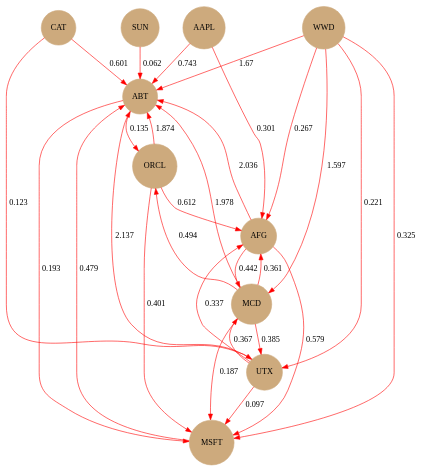
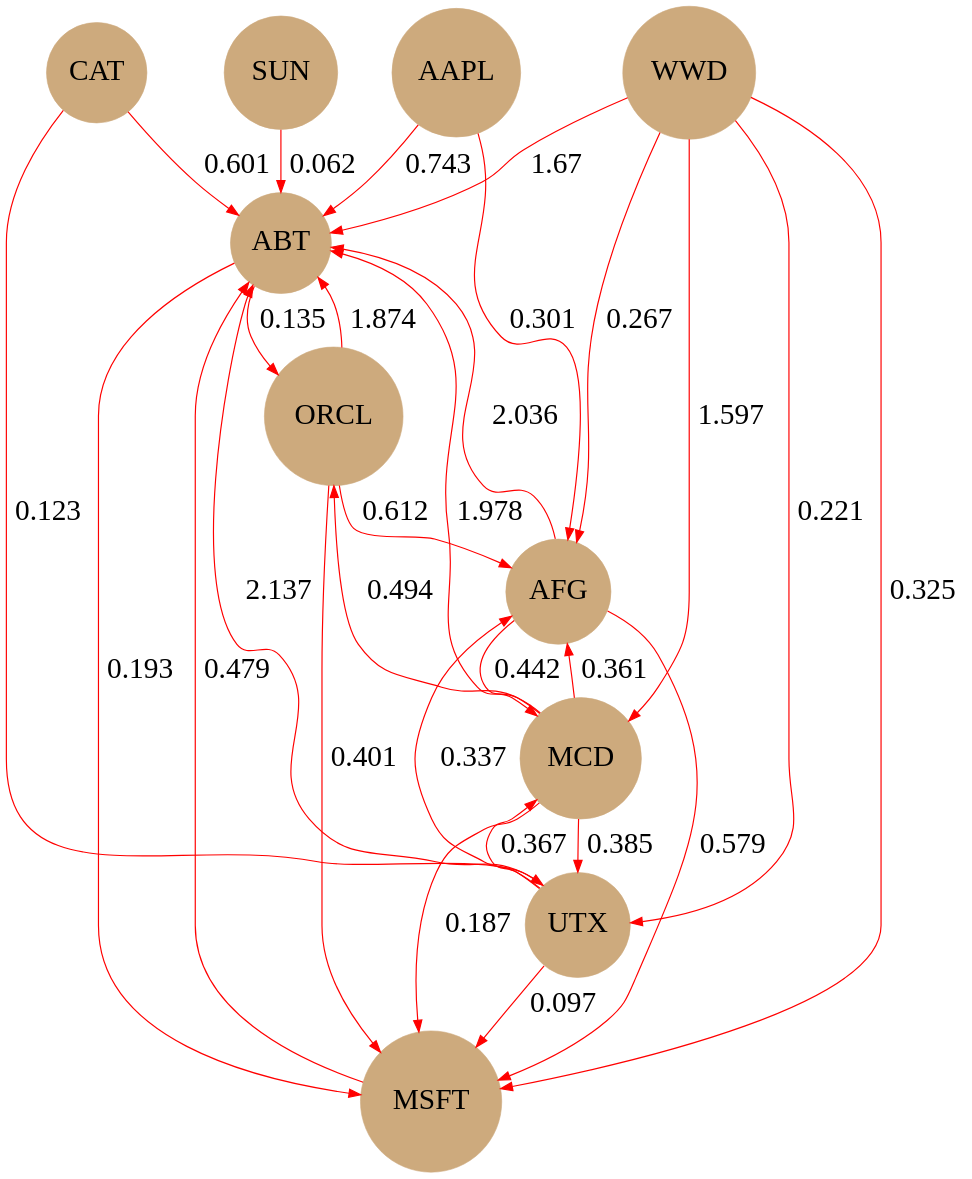
The diagram in financedataanalysis/src/regression/dotexamples/MSE-Graph.gv (aneeshChivukula/Data-Mining), drawn with Graphviz before and after one commit. The commit also changed 3 other files, not shown here.

```diff
--- a/financedataanalysis/src/regression/dotexamples/MSE-Graph.gv
+++ b/financedataanalysis/src/regression/dotexamples/MSE-Graph.gv
@@ -1,43 +1,46 @@
 digraph {
 
-SUN -> ABT	 [color=red,label=0.062];
-ABT -> ORCL	 [color=red,label=0.135];
-ABT -> MSFT	 [color=red,label=0.193];
-AAPL -> AFG	 [color=red,label=0.301];
-AAPL -> ABT	 [color=red,label=0.743];
-AFG -> ABT	 [color=red,label=2.036];
-AFG -> MSFT	 [color=red,label=0.579];
-AFG -> MCD	 [color=red,label=0.442];
-MSFT -> ABT	 [color=red,label=0.479];
-MCD -> AFG	 [color=red,label=0.361];
-MCD -> ORCL	 [color=red,label=0.494];
-MCD -> ABT	 [color=red,label=1.978];
-MCD -> UTX	 [color=red,label=0.385];
-MCD -> MSFT	 [color=red,label=0.187];
-CAT -> UTX	 [color=red,label=0.123];
-CAT -> ABT	 [color=red,label=0.601];
-UTX -> AFG	 [color=red,label=0.337];
-UTX -> MCD	 [color=red,label=0.367];
-UTX -> ABT	 [color=red,label=2.137];
-UTX -> MSFT	 [color=red,label=0.097];
-WWD -> AFG	 [color=red,label=0.267];
-WWD -> MCD	 [color=red,label=1.597];
-WWD -> ABT	 [color=red,label=1.67];
-WWD -> UTX	 [color=red,label=0.221];
-WWD -> MSFT	 [color=red,label=0.325];
-ORCL -> ABT	 [color=red,label=1.874];
-ORCL -> MSFT	 [color=red,label=0.401];
-ORCL -> AFG	 [color=red,label=0.612];
+node[fontsize=50]
+edge[fontsize=50]
+
+SUN -> ABT	 [arrowsize=2,penwidth=2,color=red,label=0.062];
+ABT -> ORCL	 [arrowsize=2,penwidth=2,color=red,label=0.135];
+ABT -> MSFT	 [arrowsize=2,penwidth=2,color=red,label=0.193];
+AAPL -> AFG	 [arrowsize=2,penwidth=2,color=red,label=0.301];
+AAPL -> ABT	 [arrowsize=2,penwidth=2,color=red,label=0.743];
+AFG -> ABT	 [arrowsize=2,penwidth=2,color=red,label=2.036];
+AFG -> MSFT	 [arrowsize=2,penwidth=2,color=red,label=0.579];
+AFG -> MCD	 [arrowsize=2,penwidth=2,color=red,label=0.442];
+MSFT -> ABT	 [arrowsize=2,penwidth=2,color=red,label=0.479];
+MCD -> AFG	 [arrowsize=2,penwidth=2,color=red,label=0.361];
+MCD -> ORCL	 [arrowsize=2,penwidth=2,color=red,label=0.494];
+MCD -> ABT	 [arrowsize=2,penwidth=2,color=red,label=1.978];
+MCD -> UTX	 [arrowsize=2,penwidth=2,color=red,label=0.385];
+MCD -> MSFT	 [arrowsize=2,penwidth=2,color=red,label=0.187];
+CAT -> UTX	 [arrowsize=2,penwidth=2,color=red,label=0.123];
+CAT -> ABT	 [arrowsize=2,penwidth=2,color=red,label=0.601];
+UTX -> AFG	 [arrowsize=2,penwidth=2,color=red,label=0.337];
+UTX -> MCD	 [arrowsize=2,penwidth=2,color=red,label=0.367];
+UTX -> ABT	 [arrowsize=2,penwidth=2,color=red,label=2.137];
+UTX -> MSFT	 [arrowsize=2,penwidth=2,color=red,label=0.097];
+WWD -> AFG	 [arrowsize=2,penwidth=2,color=red,label=0.267];
+WWD -> MCD	 [arrowsize=2,penwidth=2,color=red,label=1.597];
+WWD -> ABT	 [arrowsize=2,penwidth=2,color=red,label=1.67];
+WWD -> UTX	 [arrowsize=2,penwidth=2,color=red,label=0.221];
+WWD -> MSFT	 [arrowsize=2,penwidth=2,color=red,label=0.325];
+ORCL -> ABT	 [arrowsize=2,penwidth=2,color=red,label=1.874];
+ORCL -> MSFT	 [arrowsize=2,penwidth=2,color=red,label=0.401];
+ORCL -> AFG	 [arrowsize=2,penwidth=2,color=red,label=0.612];
 
 SUN [shape=circle,color=burlywood3,style=filled];
 AAPL [shape=circle,color=burlywood3,style=filled];
 AFG [shape=circle,color=burlywood3,style=filled];
 CAT [shape=circle,color=burlywood3,style=filled];
 WWD [shape=circle,color=burlywood3,style=filled];
 ORCL [shape=circle,color=burlywood3,style=filled];
 ABT [shape=circle,color=burlywood3,style=filled];
 UTX [shape=circle,color=burlywood3,style=filled];
 MCD [shape=circle,color=burlywood3,style=filled];
 MSFT [shape=circle,color=burlywood3,style=filled];
 
 }
```
